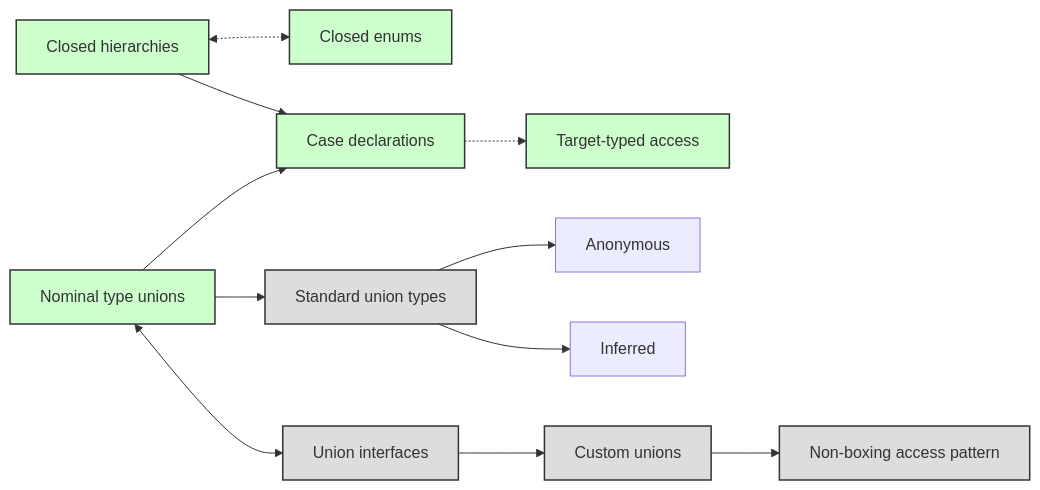
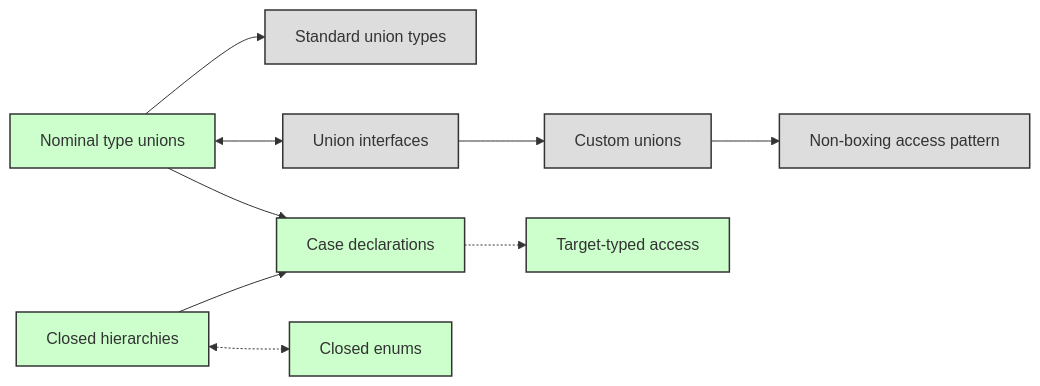
One commit to dotnet/csharplang changed the diagram in meetings/working-groups/discriminated-unions/union-proposals-overview.md. Above: the diagram before and after it, drawn with Mermaid.

````diff
--- a/meetings/working-groups/discriminated-unions/union-proposals-overview.md
+++ b/meetings/working-groups/discriminated-unions/union-proposals-overview.md
@@ -13,26 +13,26 @@
 ``` mermaid
 flowchart LR
 
 %% Features
-Enums[Closed enums]:::approved
-Hierarchies[Closed hierarchies]:::approved
 Unions[Nominal type unions]:::approved
 Standard[Standard union types]:::unapproved
 Interfaces[Union interfaces]:::unapproved
 Custom[Custom unions]:::unapproved
 NonBoxingAccess[Non-boxing access pattern]:::unapproved
+Enums[Closed enums]:::approved
+Hierarchies[Closed hierarchies]:::approved
 Cases[Case declarations]:::approved
 Target[Target-typed access]:::approved
 
 %% Dependencies
+Unions --> Standard
+Unions <--> Interfaces --> Custom --> NonBoxingAccess
+Unions & Hierarchies --> Cases -.-> Target
 Hierarchies <-.-> Enums
-Hierarchies & Unions --> Cases -.-> Target
-Unions --> Standard --> Anonymous & Inferred
-Unions <--> Interfaces --> Custom --> NonBoxingAccess
 
 %% Colors
 classDef approved fill:#cfc,stroke:#333,stroke-width:1.5px;
 classDef consideration fill:#ffd,stroke:#333,stroke-width:1.5px;
 classDef unapproved fill:#ddd,stroke:#333,stroke-width:1.5px;
 classDef rejected fill:#fdd,stroke:#333,stroke-width:1.5px;
 ```
````
